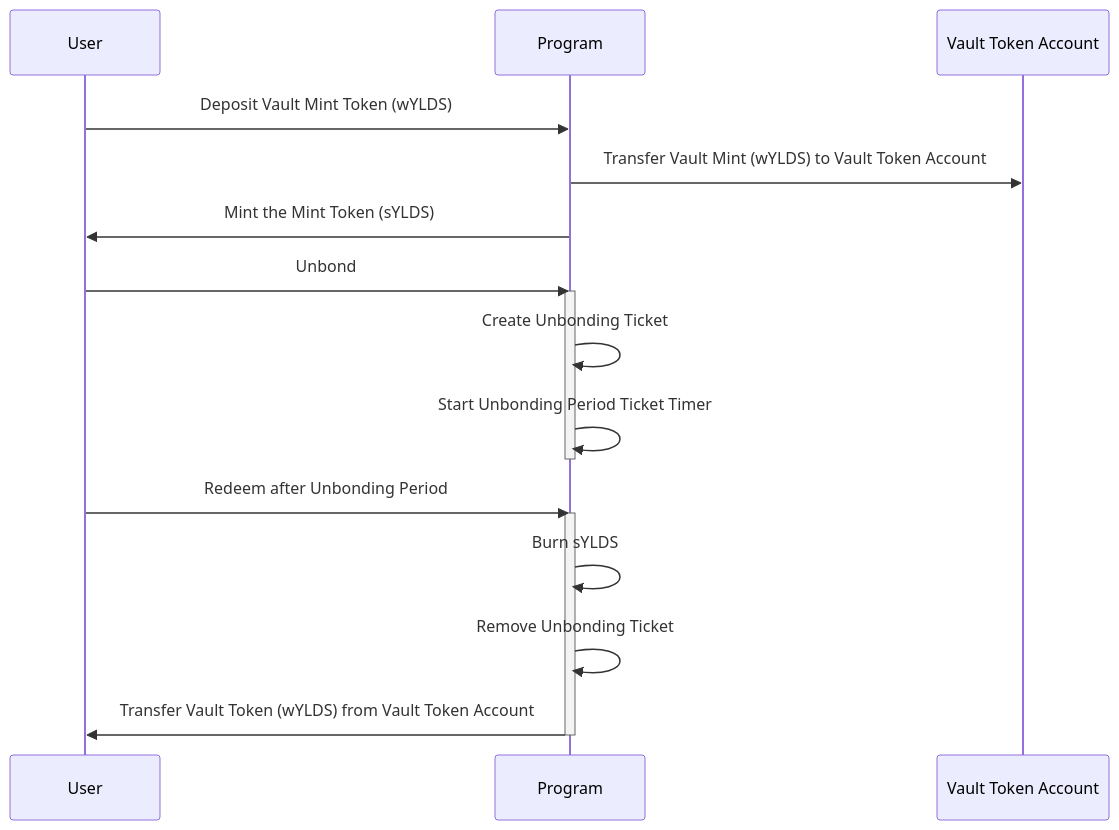
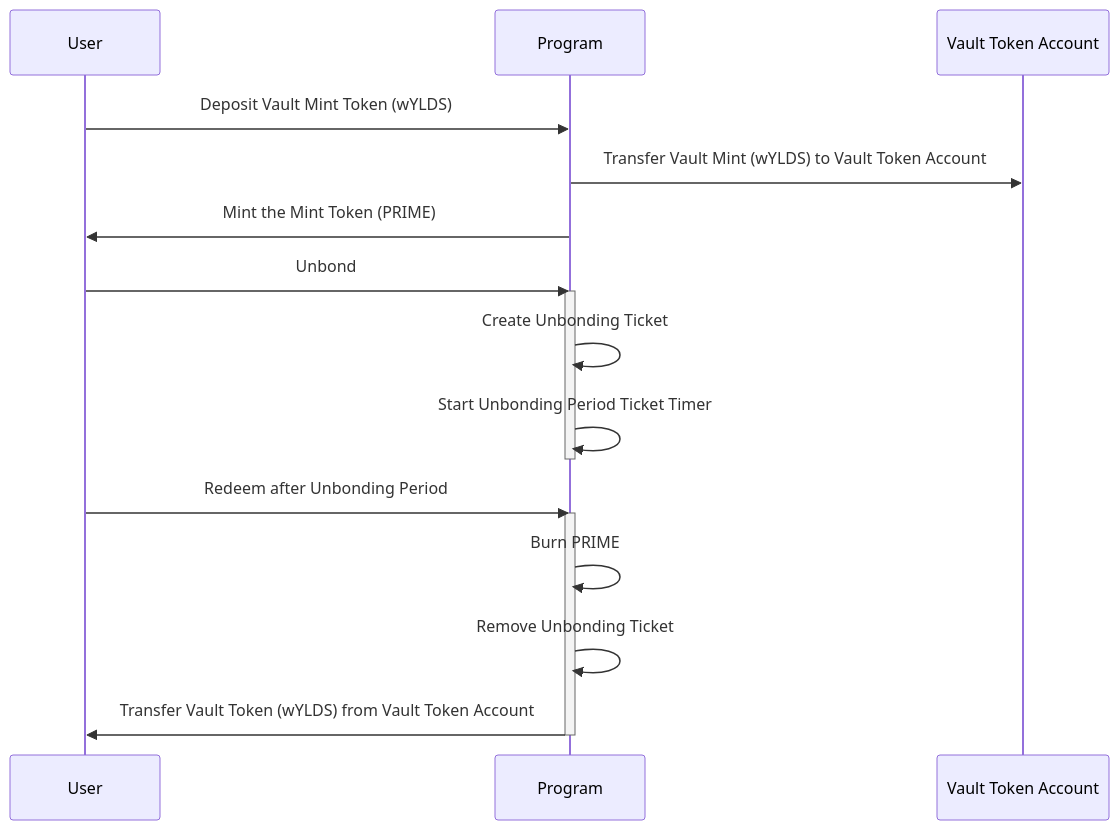
The diagram in README.md (provenance-io/hastra-sol-vault-stake), drawn with Mermaid before and after one commit. The commit also changed other lines of this file and 11 other files, not shown here.

````diff
--- a/README.md
+++ b/README.md
@@ -225,21 +416,21 @@
 ```mermaid
 sequenceDiagram
     participant User
     participant Program
     participant VaultAccount as Vault Token Account
     
     User->>Program: Deposit Vault Mint Token (wYLDS)
     Program->>VaultAccount: Transfer Vault Mint (wYLDS) to Vault Token Account
-    Program->>User: Mint the Mint Token (sYLDS)
+    Program->>User: Mint the Mint Token (PRIME)
     User->>Program: Unbond
     activate Program
     Program->>Program: Create Unbonding Ticket
     Program->>Program: Start Unbonding Period Ticket Timer
     deactivate Program
     User->>Program: Redeem after Unbonding Period
     activate Program
-    Program->>Program: Burn sYLDS
+    Program->>Program: Burn PRIME
     Program->>Program: Remove Unbonding Ticket
     Program->>User: Transfer Vault Token (wYLDS) from Vault Token Account
     deactivate Program
 ```
````
